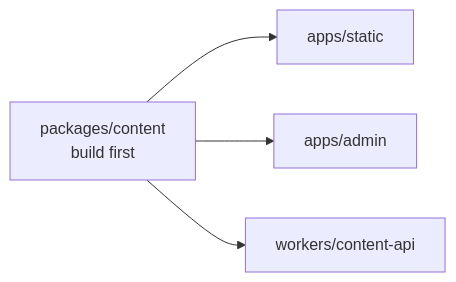
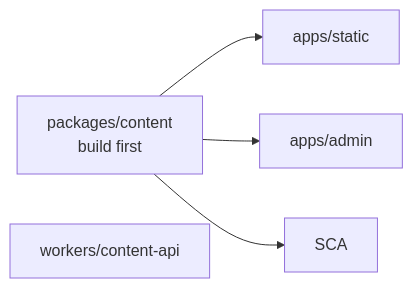
Before and after one commit to Bonae-Tech/bonae-tech: the second of 5 diagrams in docs/architecture.md, drawn with Mermaid. The commit also changed other lines of this file and 21 other files, not shown here.

````diff
--- a/docs/architecture.md
+++ b/docs/architecture.md
@@ -81,11 +81,11 @@
 ```mermaid
 graph LR
     PC["packages/content\nbuild first"]
     AS["apps/static"]
     AA["apps/admin"]
-    SCA["workers/content-api"]
+    WCA["workers/content-api"]
 
     PC --> AS
     PC --> AA
     PC --> SCA
 ```
````
